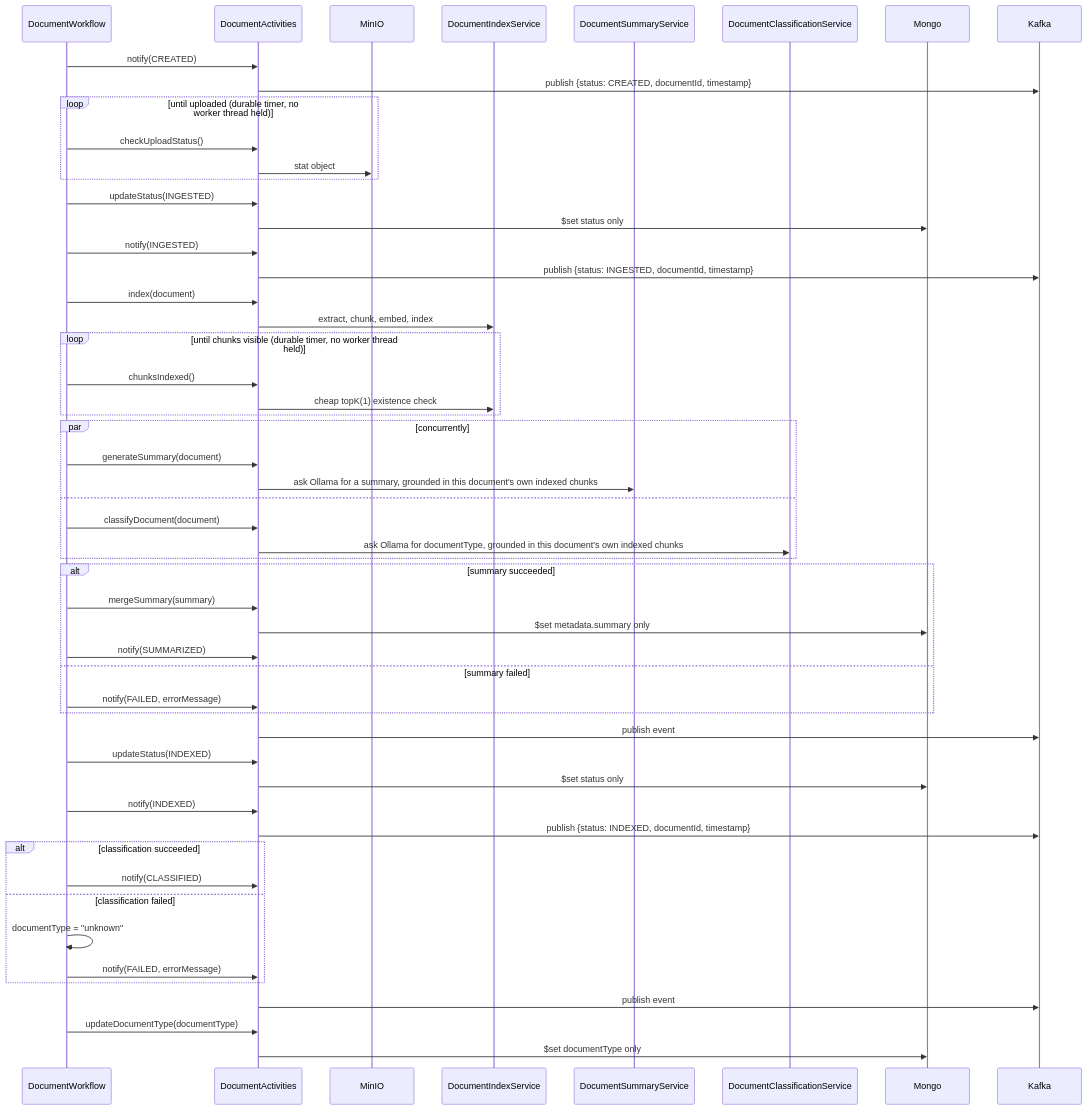
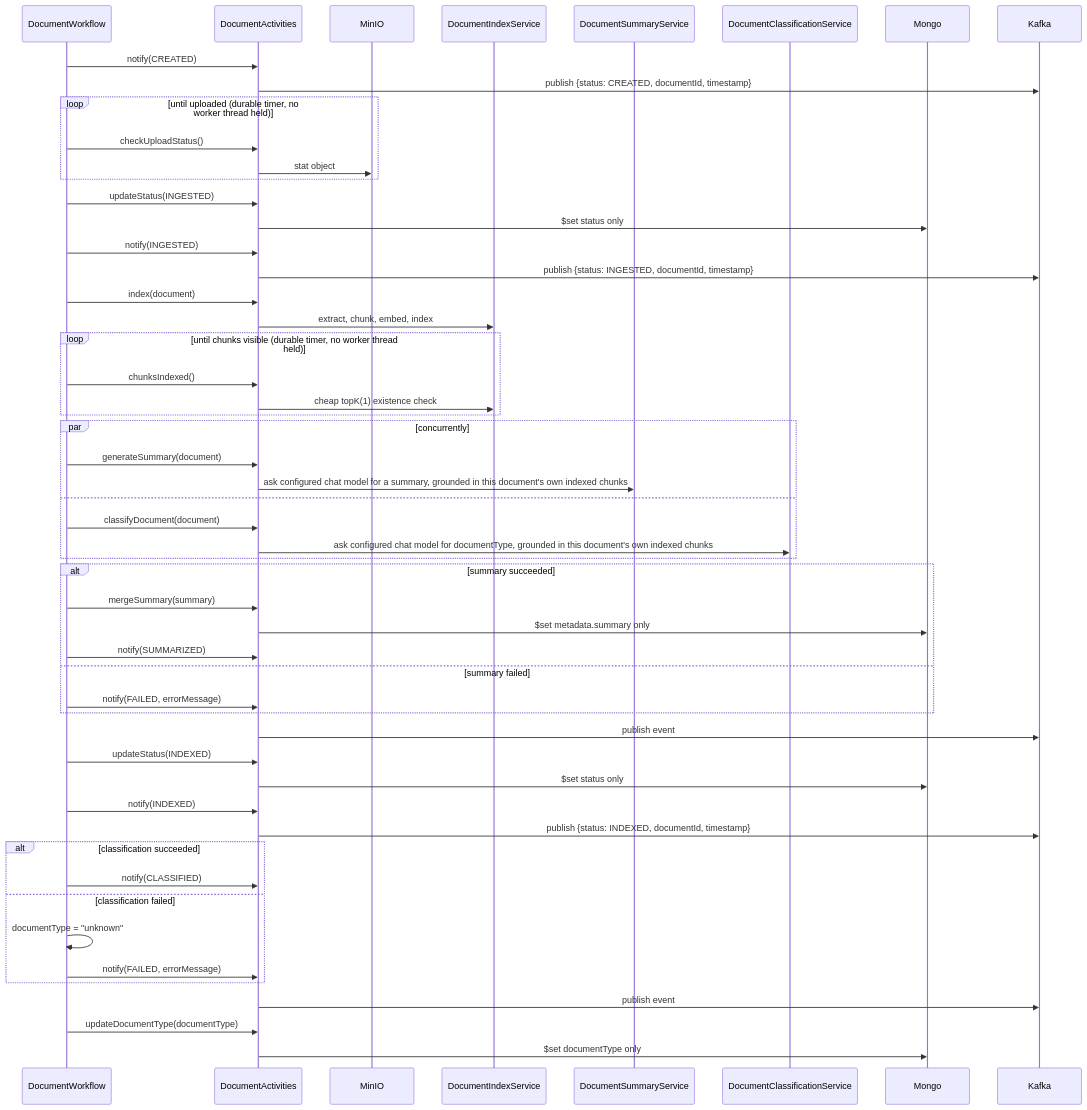
The fourth of 4 diagrams in docs/ARCHITECTURE.md (kamranzafar/docman-ai), drawn with Mermaid before and after one commit. The commit also changed other lines of this file and 9 other files, not shown here.

````diff
--- a/docs/ARCHITECTURE.md
+++ b/docs/ARCHITECTURE.md
@@ -113,56 +113,56 @@
 ```mermaid
 sequenceDiagram
     participant WF as DocumentWorkflow
     participant Act as DocumentActivities
     participant MinIO
     participant Idx as DocumentIndexService
     participant Sum as DocumentSummaryService
     participant Cls as DocumentClassificationService
     participant Mongo
     participant Kafka
 
     WF->>Act: notify(CREATED)
     Act->>Kafka: publish {status: CREATED, documentId, timestamp}
     loop until uploaded (durable timer, no worker thread held)
         WF->>Act: checkUploadStatus()
         Act->>MinIO: stat object
     end
     WF->>Act: updateStatus(INGESTED)
     Act->>Mongo: $set status only
     WF->>Act: notify(INGESTED)
     Act->>Kafka: publish {status: INGESTED, documentId, timestamp}
     WF->>Act: index(document)
     Act->>Idx: extract, chunk, embed, index
     loop until chunks visible (durable timer, no worker thread held)
         WF->>Act: chunksIndexed()
         Act->>Idx: cheap topK(1) existence check
     end
     par concurrently
         WF->>Act: generateSummary(document)
-        Act->>Sum: ask Ollama for a summary, grounded in this document's own indexed chunks
+        Act->>Sum: ask configured chat model for a summary, grounded in this document's own indexed chunks
     and
         WF->>Act: classifyDocument(document)
-        Act->>Cls: ask Ollama for documentType, grounded in this document's own indexed chunks
+        Act->>Cls: ask configured chat model for documentType, grounded in this document's own indexed chunks
     end
     alt summary succeeded
         WF->>Act: mergeSummary(summary)
         Act->>Mongo: $set metadata.summary only
         WF->>Act: notify(SUMMARIZED)
     else summary failed
         WF->>Act: notify(FAILED, errorMessage)
     end
     Act->>Kafka: publish event
     WF->>Act: updateStatus(INDEXED)
     Act->>Mongo: $set status only
     WF->>Act: notify(INDEXED)
     Act->>Kafka: publish {status: INDEXED, documentId, timestamp}
     alt classification succeeded
         WF->>Act: notify(CLASSIFIED)
     else classification failed
         WF->>WF: documentType = "unknown"
         WF->>Act: notify(FAILED, errorMessage)
     end
     Act->>Kafka: publish event
     WF->>Act: updateDocumentType(documentType)
     Act->>Mongo: $set documentType only
 ```
````
